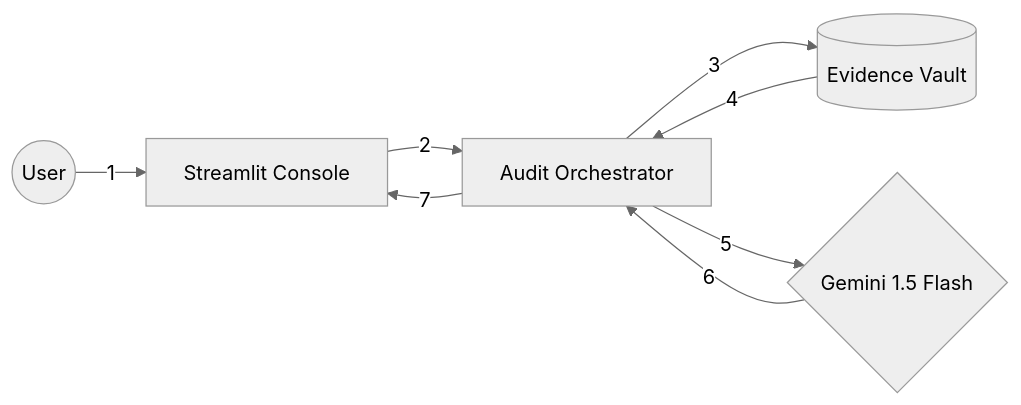
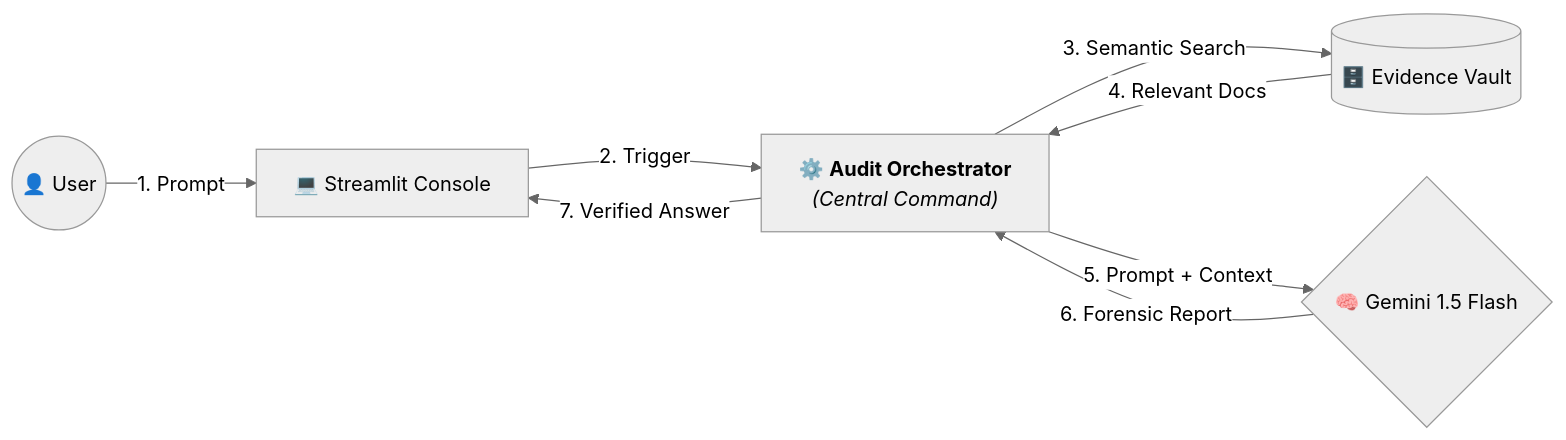
Before and after one commit to MKumaranAutomation/FinancialIntelligence-AuditSuite: the diagram in README.md, drawn with Mermaid (neutral theme). The commit also changed other lines of this file, not shown here.

Commit message:
Updated Financial Intelligence and Audit Suite

````diff
--- a/README.md
+++ b/README.md
@@ -9,10 +9,13 @@
 ```mermaid
 graph LR
-    USER((User)) -- "1" --> PC[Streamlit Console]
-    PC -- "2" --> RET[Audit Orchestrator]
-    RET -- "3" --> DB[(Evidence Vault)]
-    DB -- "4" --> RET
-    RET -- "5" --> LLM{Gemini 1.5 Flash}
-    LLM -- "6" --> RET
-    RET -- "7" --> PC
+    USER((👤 User)) -- "1. Prompt" --> PC[💻 Streamlit Console]
+    PC -- "2. Trigger" --> RET["⚙️ <b>Audit Orchestrator</b><br/><i>(Central Command)</i>"]
+    
+    RET -- "3. Semantic Search" --> DB[(🗄️ Evidence Vault)]
+    DB -- "4. Relevant Docs" --> RET
+    
+    RET -- "5. Prompt + Context" --> LLM{🧠 Gemini 1.5 Flash}
+    LLM -- "6. Forensic Report" --> RET
+    
+    RET -- "7. Verified Answer" --> PC
 ```
````
